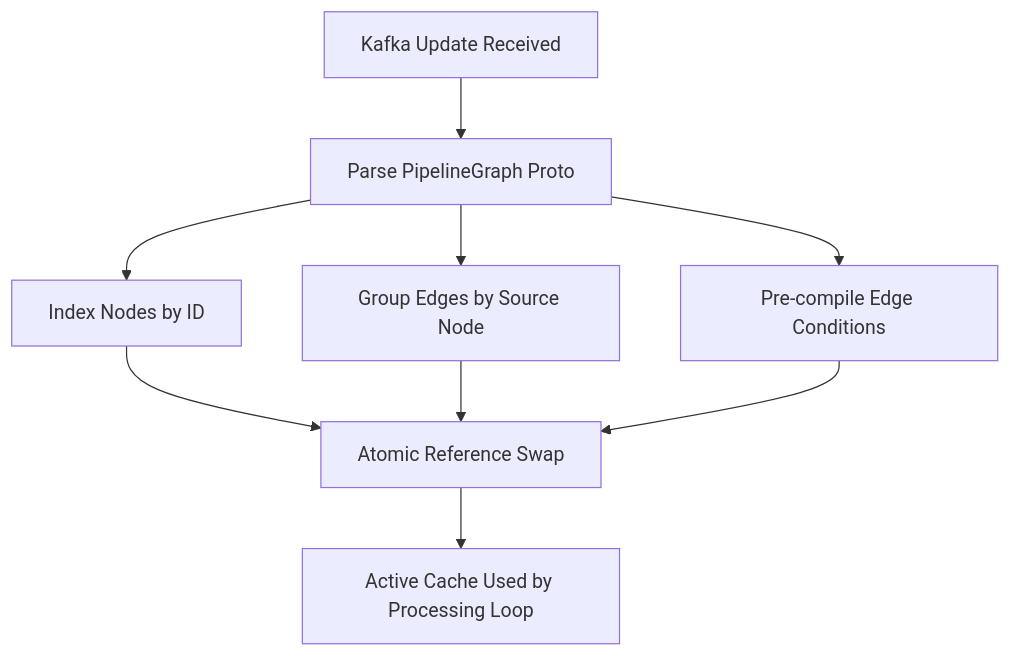
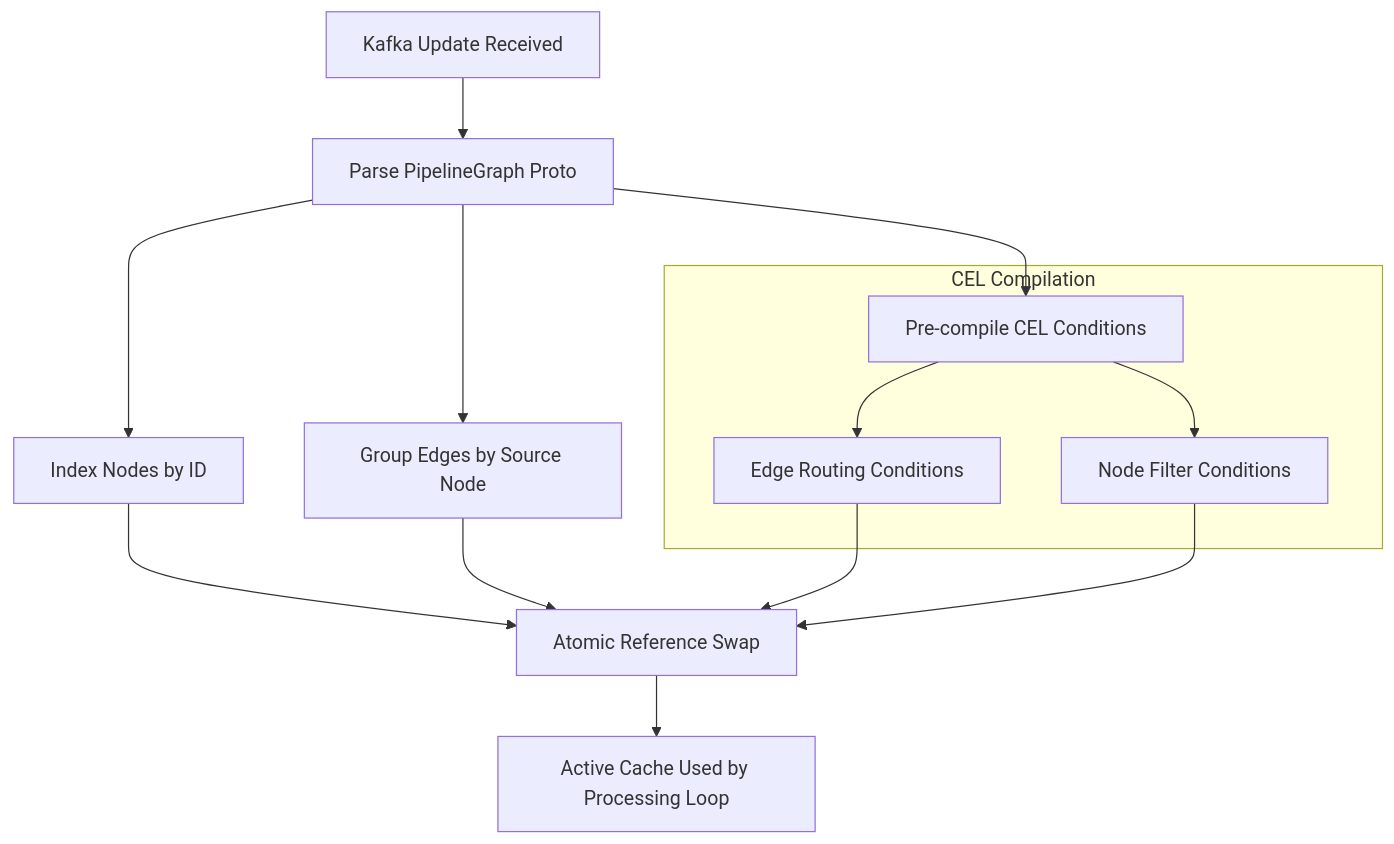
Before and after one commit to ai-pipestream/pipestream-engine: the second of 3 diagrams in docs/architecture/03-graph-management.md, drawn with Mermaid. The commit also changed other lines of this file, not shown here.

Commit message:
docs: Fix node iteration and add node filter CEL pre-compilation

````diff
--- a/docs/architecture/03-graph-management.md
+++ b/docs/architecture/03-graph-management.md
@@ -118,13 +124,19 @@
 ```mermaid
 graph TD
     Update[Kafka Update Received] --> Parse[Parse PipelineGraph Proto]
     Parse --> BuildNodes[Index Nodes by ID]
     Parse --> BuildEdges[Group Edges by Source Node]
-    Parse --> CompileCEL[Pre-compile Edge Conditions]
+    Parse --> CompileCEL[Pre-compile CEL Conditions]
+    
+    subgraph CEL [CEL Compilation]
+        CompileCEL --> EdgeCEL[Edge Routing Conditions]
+        CompileCEL --> NodeCEL[Node Filter Conditions]
+    end
     
     BuildNodes --> Swap[Atomic Reference Swap]
     BuildEdges --> Swap
-    CompileCEL --> Swap
+    EdgeCEL --> Swap
+    NodeCEL --> Swap
     
     Swap --> Active[Active Cache Used by Processing Loop]
 ```
````
